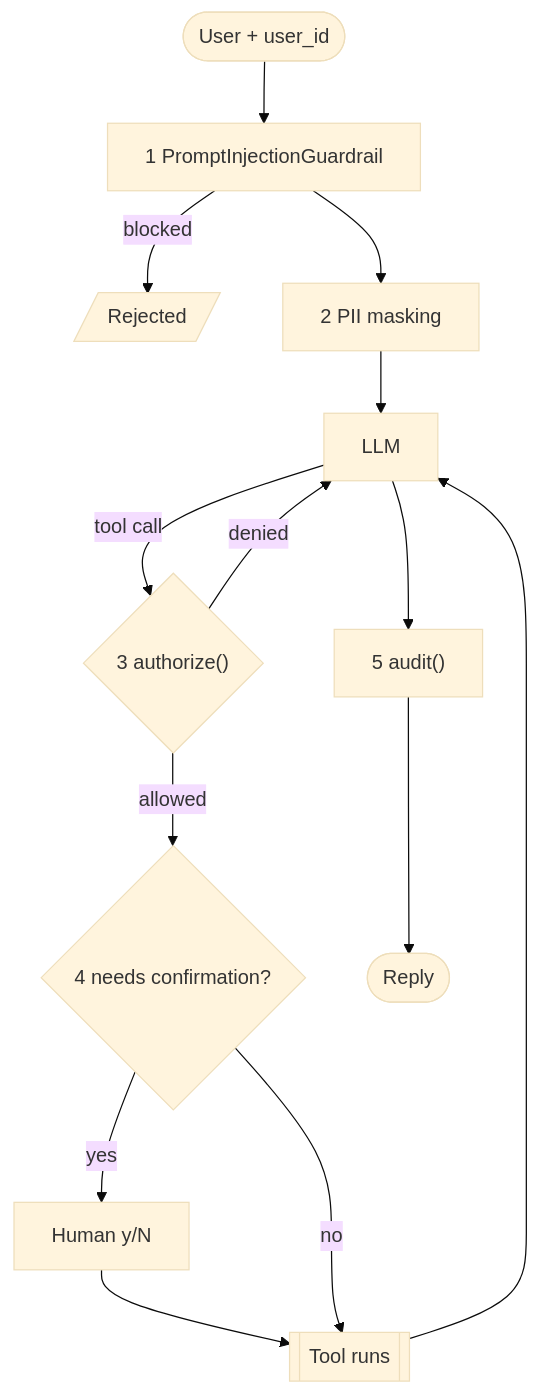
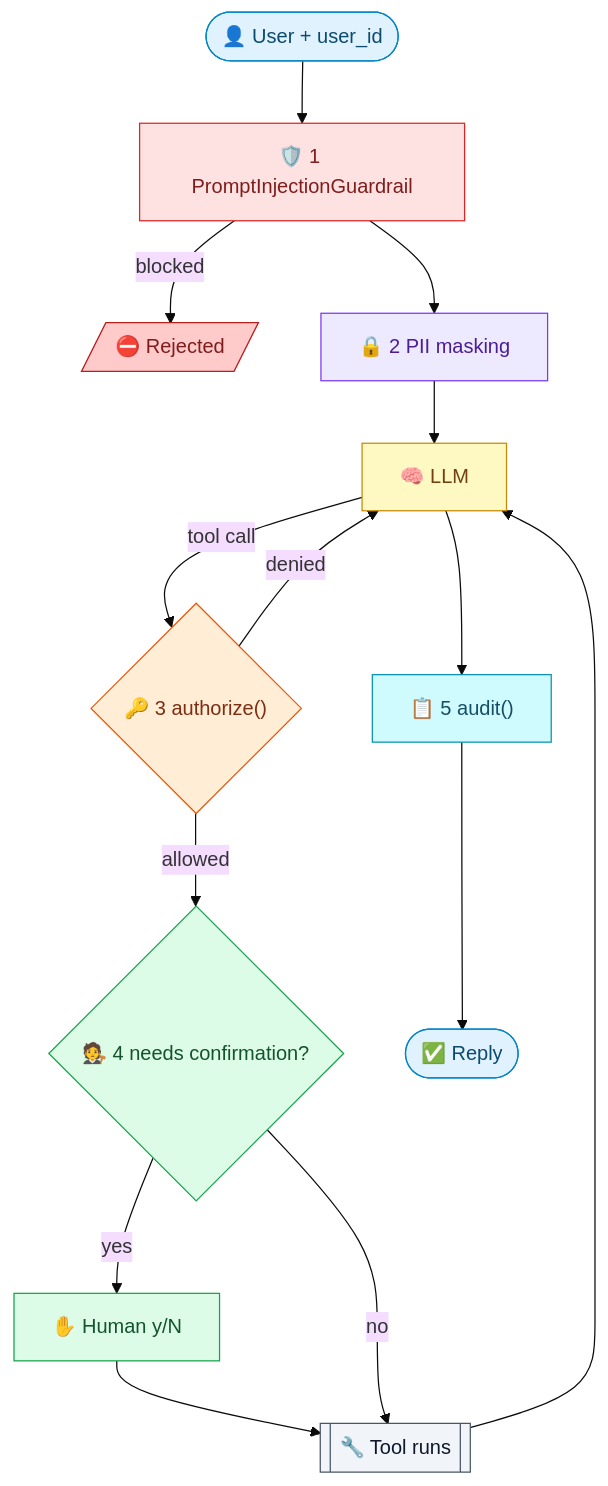
One commit to ashishpatel26/Responsible-AI-for-AI-Agent-Harness changed the seventh of 7 diagrams in README.md. Above: the diagram before and after it, drawn with Mermaid (base theme). The commit also changed other lines of this file and 1 other file, not shown here.

````diff
--- a/README.md
+++ b/README.md
@@ -110,14 +143,23 @@
 ```mermaid
 flowchart TD
-    U([User + user_id]) --> G["1 PromptInjectionGuardrail"]
-    G -->|blocked| B[/Rejected/]
-    G --> P["2 PII masking"]
-    P --> L[LLM]
-    L -->|tool call| Z{"3 authorize()"}
+    U(["👤 User + user_id"]):::user --> G["🛡️ 1 PromptInjectionGuardrail"]:::guard
+    G -->|blocked| B[/"⛔ Rejected"/]:::bad
+    G --> P["🔒 2 PII masking"]:::priv
+    P --> L["🧠 LLM"]:::llm
+    L -->|tool call| Z{"🔑 3 authorize()"}:::auth
     Z -->|denied| L
-    Z -->|allowed| C{"4 needs confirmation?"}
-    C -->|yes| H["Human y/N"] --> TL[[Tool runs]]
+    Z -->|allowed| C{"🧑‍⚖️ 4 needs confirmation?"}:::human
+    C -->|yes| H["✋ Human y/N"]:::human --> TL[["🔧 Tool runs"]]:::tool
     C -->|no| TL
     TL --> L
-    L --> AU["5 audit()"] --> O([Reply])
+    L --> AU["📋 5 audit()"]:::trust --> O(["✅ Reply"]):::user
+    classDef user fill:#e0f2fe,stroke:#0284c7,color:#0c4a6e
+    classDef guard fill:#fee2e2,stroke:#dc2626,color:#7f1d1d
+    classDef bad fill:#fecaca,stroke:#b91c1c,color:#7f1d1d
+    classDef priv fill:#ede9fe,stroke:#7c3aed,color:#4c1d95
+    classDef llm fill:#fef9c3,stroke:#ca8a04,color:#713f12
+    classDef auth fill:#ffedd5,stroke:#ea580c,color:#7c2d12
+    classDef human fill:#dcfce7,stroke:#16a34a,color:#14532d
+    classDef tool fill:#f1f5f9,stroke:#475569,color:#0f172a
+    classDef trust fill:#cffafe,stroke:#0891b2,color:#164e63
 ```
````
